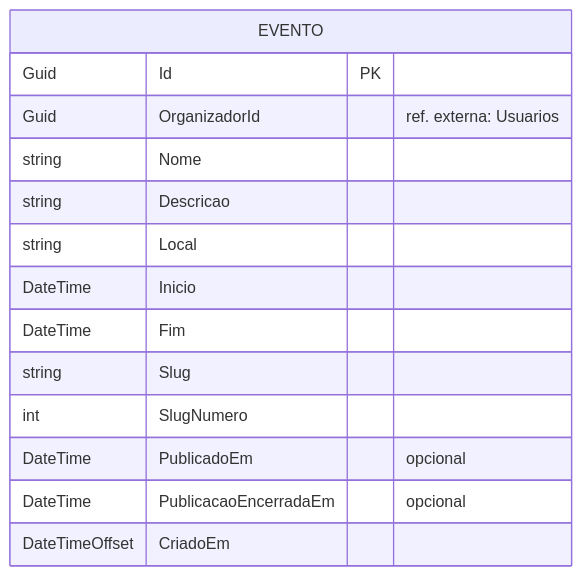
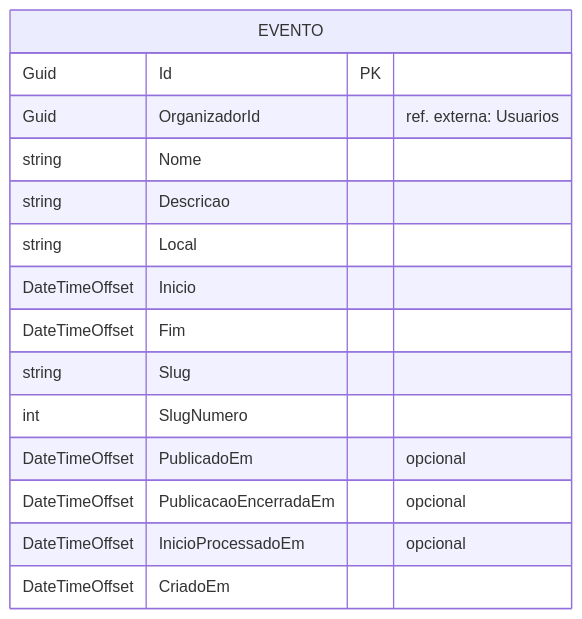
The second of 4 diagrams in Docs/Modelagem.md (LaurenceFluciano/microsservicos-eventos-presenciais), drawn with Mermaid before and after one commit. The commit also changed 4 other files, not shown here.

````diff
--- a/Docs/Modelagem.md
+++ b/Docs/Modelagem.md
@@ -78,17 +78,18 @@
 ```mermaid
 erDiagram
     EVENTO {
         Guid Id PK
         Guid OrganizadorId "ref. externa: Usuarios"
         string Nome
         string Descricao
         string Local
-        DateTime Inicio
-        DateTime Fim
+        DateTimeOffset Inicio
+        DateTimeOffset Fim
         string Slug
         int SlugNumero
-        DateTime PublicadoEm "opcional"
-        DateTime PublicacaoEncerradaEm "opcional"
+        DateTimeOffset PublicadoEm "opcional"
+        DateTimeOffset PublicacaoEncerradaEm "opcional"
+        DateTimeOffset InicioProcessadoEm "opcional"
         DateTimeOffset CriadoEm
     }
 ```
````
